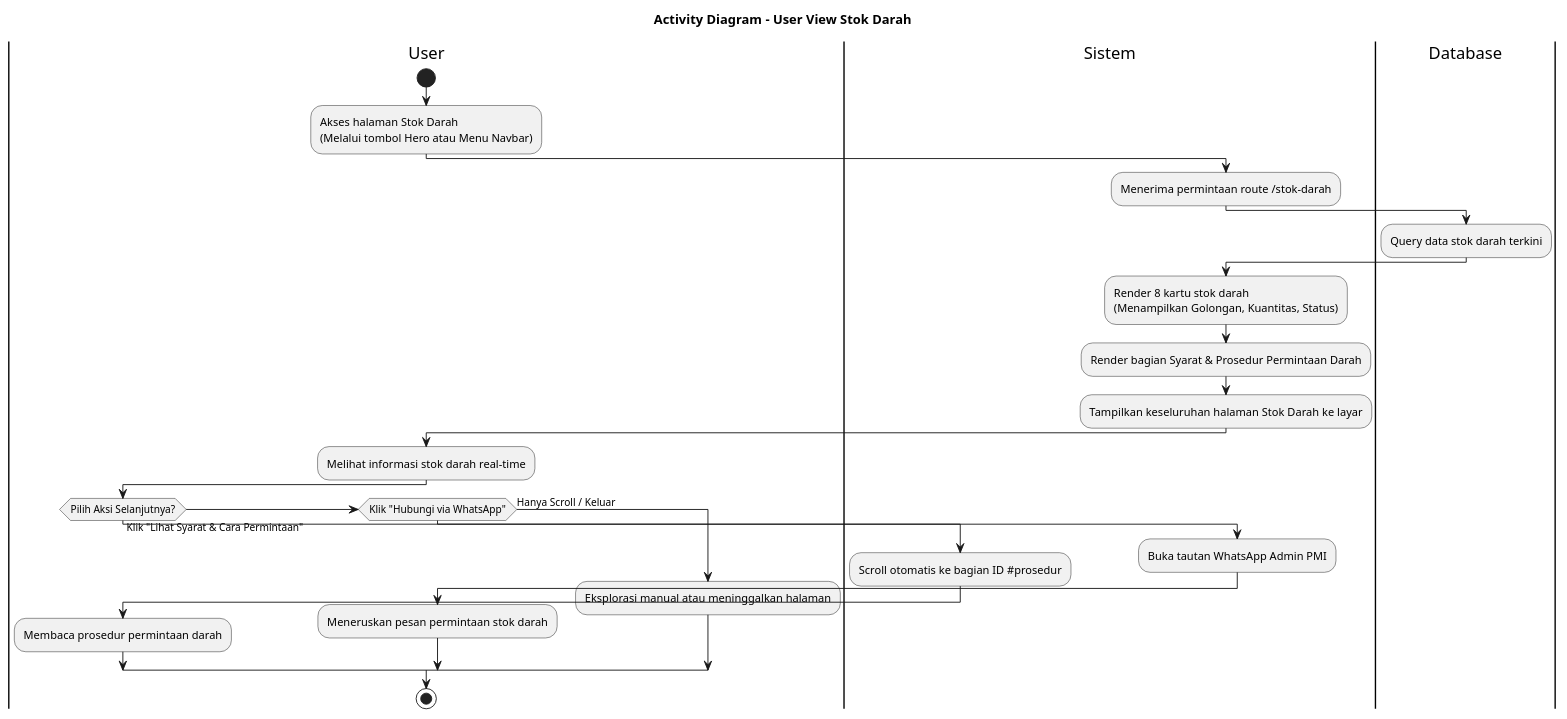
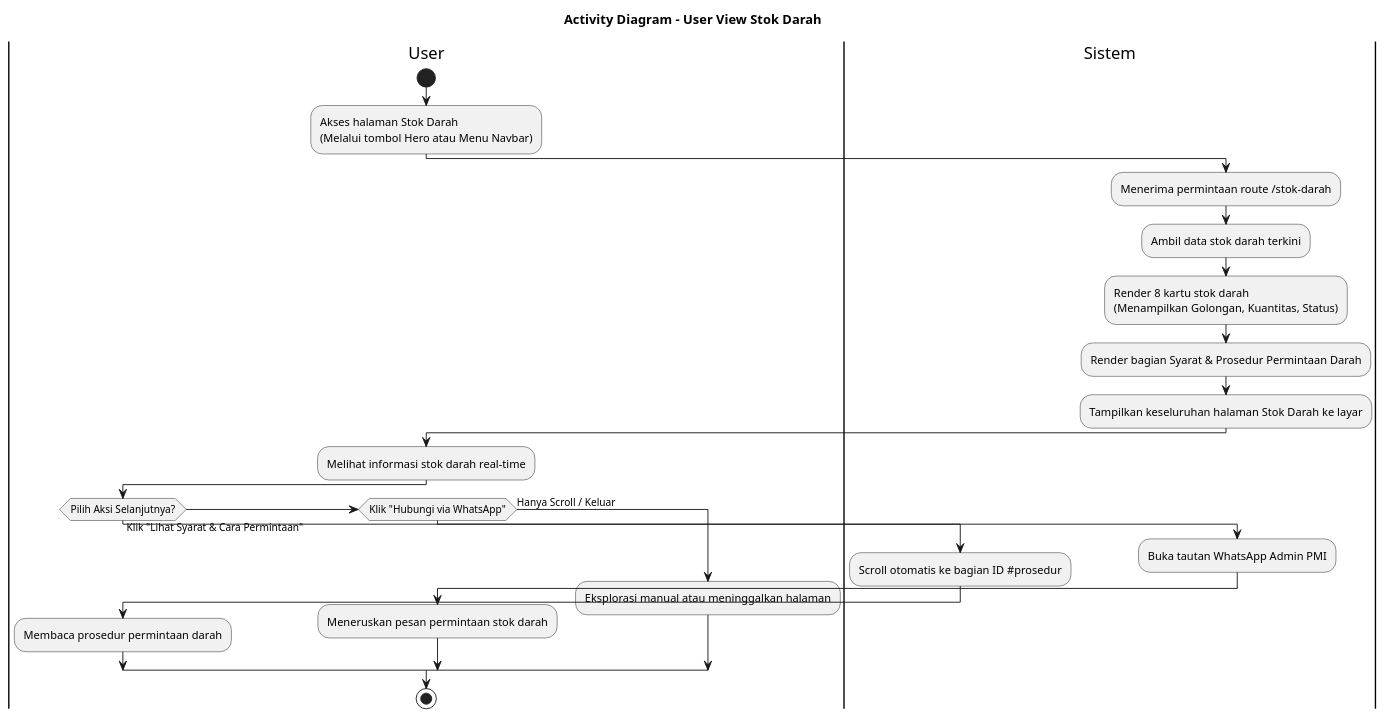
Before and after one commit to jaddu17/capstonepmikp: the diagram in diagram/activitydiagram_user_view_stok.puml, drawn with PlantUML. The commit also changed 49 other files, not shown here.

```diff
--- a/diagram/activitydiagram_user_view_stok.puml
+++ b/diagram/activitydiagram_user_view_stok.puml
@@ -1,40 +1,36 @@
 @startuml ACTIVITY_DIAGRAM_USER_VIEW_STOK
 title Activity Diagram - User View Stok Darah
 
 |User|
 start
 :Akses halaman Stok Darah\n(Melalui tombol Hero atau Menu Navbar);
 
 |Sistem|
 :Menerima permintaan route /stok-darah;
-
-|Database|
-:Query data stok darah terkini;
-
-|Sistem|
+:Ambil data stok darah terkini;
 :Render 8 kartu stok darah\n(Menampilkan Golongan, Kuantitas, Status);
 :Render bagian Syarat & Prosedur Permintaan Darah;
 :Tampilkan keseluruhan halaman Stok Darah ke layar;
 
 |User|
 :Melihat informasi stok darah real-time;
 
 if (Pilih Aksi Selanjutnya?) then (Klik "Lihat Syarat & Cara Permintaan")
   |Sistem|
   :Scroll otomatis ke bagian ID #prosedur;
   |User|
   :Membaca prosedur permintaan darah;
 else if (Klik "Hubungi via WhatsApp")
   |Sistem|
   :Buka tautan WhatsApp Admin PMI;
   |User|
   :Meneruskan pesan permintaan stok darah;
 else (Hanya Scroll / Keluar)
   |User|
   :Eksplorasi manual atau meninggalkan halaman;
 endif
 
 |User|
 stop
 
 @enduml
```
